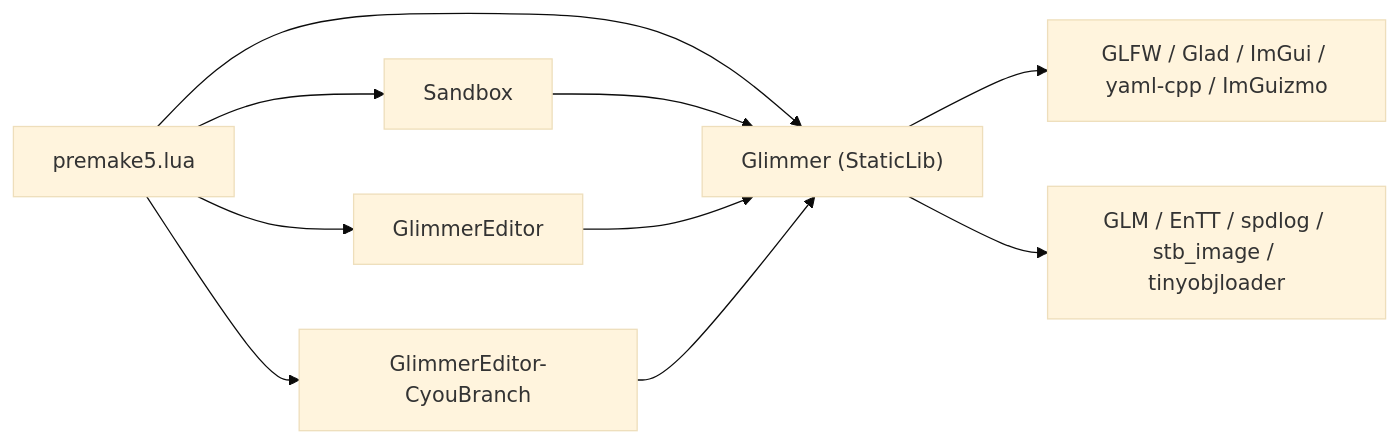
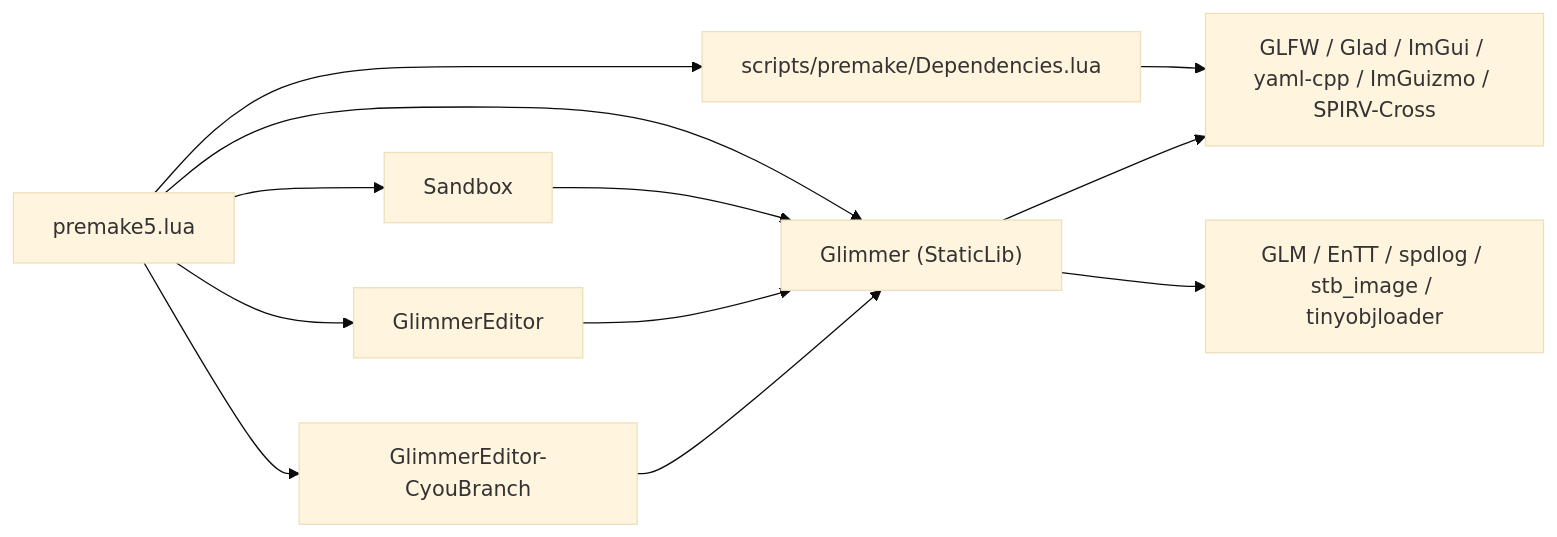
The first of 7 diagrams in ARCHITECTURE.md (Ch1aki7/Glimmer), drawn with Mermaid (base theme) before and after one commit. The commit also changed other lines of this file and 14 other files, not shown here.

````diff
--- a/ARCHITECTURE.md
+++ b/ARCHITECTURE.md
@@ -57,12 +57,14 @@
 ```mermaid
 flowchart LR
-    Premake["premake5.lua"] --> Engine["Glimmer (StaticLib)"]
+    Premake["premake5.lua"] --> Adapters["scripts/premake/Dependencies.lua"]
+    Adapters --> Deps["GLFW / Glad / ImGui / yaml-cpp / ImGuizmo / SPIRV-Cross"]
+    Premake --> Engine["Glimmer (StaticLib)"]
     Premake --> Sandbox["Sandbox"]
     Premake --> Legacy["GlimmerEditor"]
     Premake --> Editor["GlimmerEditor-CyouBranch"]
     Sandbox --> Engine
     Legacy --> Engine
     Editor --> Engine
-    Engine --> Deps["GLFW / Glad / ImGui / yaml-cpp / ImGuizmo"]
+    Engine --> Deps
     Engine --> HeaderDeps["GLM / EnTT / spdlog / stb_image / tinyobjloader"]
 ```
````
